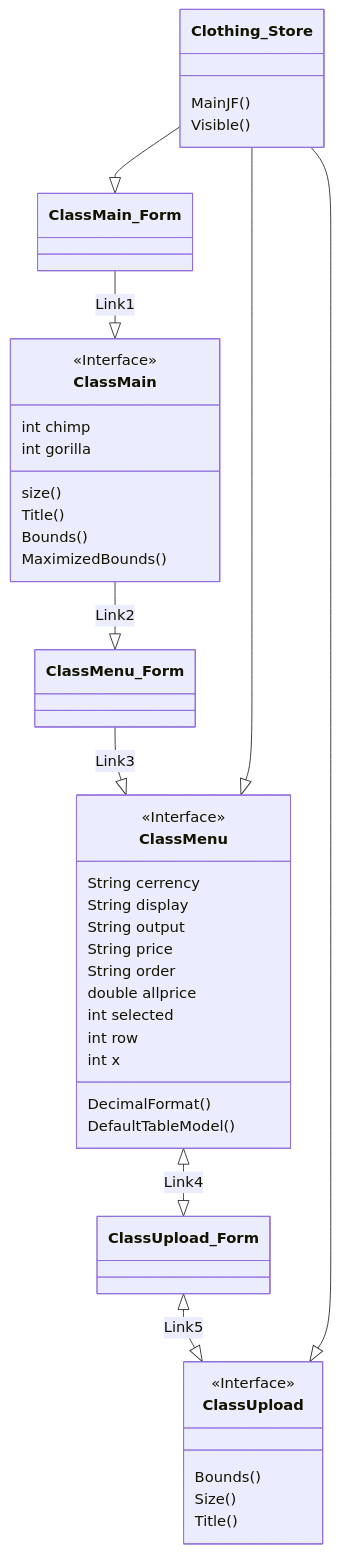
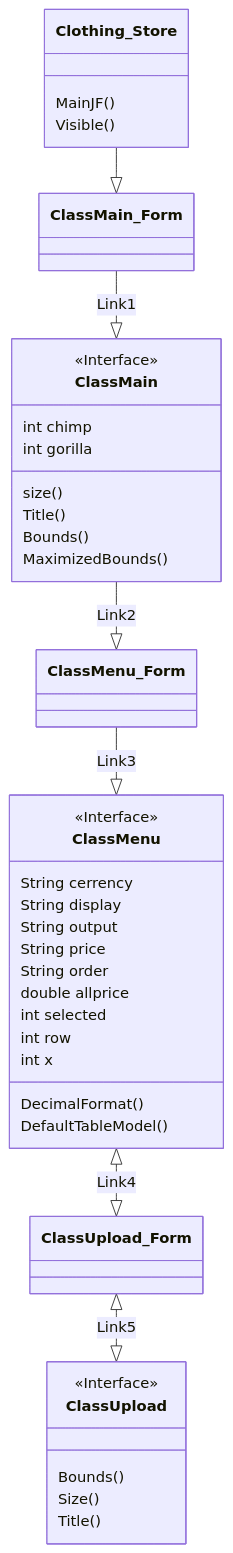
The third of 3 diagrams in README.md (kawin101/Java_GUI_CRUD_CSV), drawn with Mermaid before and after one commit.

````diff
--- a/README.md
+++ b/README.md
@@ -33,38 +33,36 @@
 ```mermaid
 classDiagram
 
 ClassMain_Form --|> ClassMain : Link1
 ClassMain --|> ClassMenu_Form : Link2
 ClassMenu_Form --|> ClassMenu : Link3
 ClassMenu <|--|> ClassUpload_Form : Link4
 ClassUpload_Form <|--|> ClassUpload : Link5
 <<Interface>> ClassMain
 Clothing_Store --|> ClassMain_Form
-Clothing_Store --|> ClassMenu
-Clothing_Store --|> ClassUpload
 Clothing_Store : MainJF()
 Clothing_Store : Visible()
 ClassMain : size()
 ClassMain : Title()
 ClassMain : Bounds()
 ClassMain : MaximizedBounds()
 ClassMain : int chimp
 ClassMain : int gorilla
 <<Interface>> ClassMenu
 ClassMenu : String cerrency
 ClassMenu : String display
 ClassMenu : String output
 ClassMenu : String price
 ClassMenu : String order
 ClassMenu : DecimalFormat()
 ClassMenu : double allprice
 ClassMenu : int selected
 ClassMenu : int row
 ClassMenu : int x
 ClassMenu : DefaultTableModel()
 <<Interface>> ClassUpload
 ClassUpload : Bounds()
 ClassUpload : Size()
 ClassUpload : Title()
 
 ```
````
